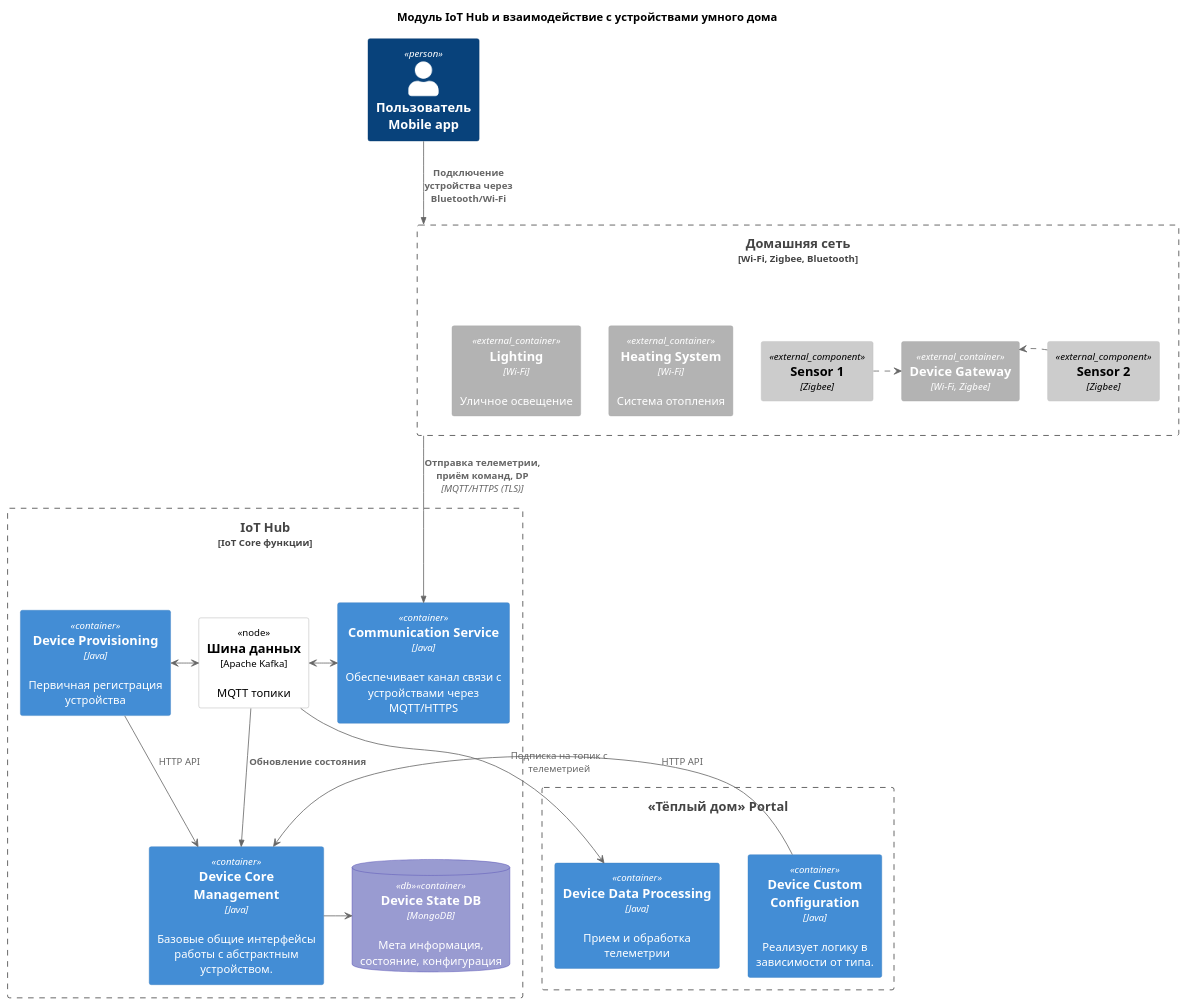
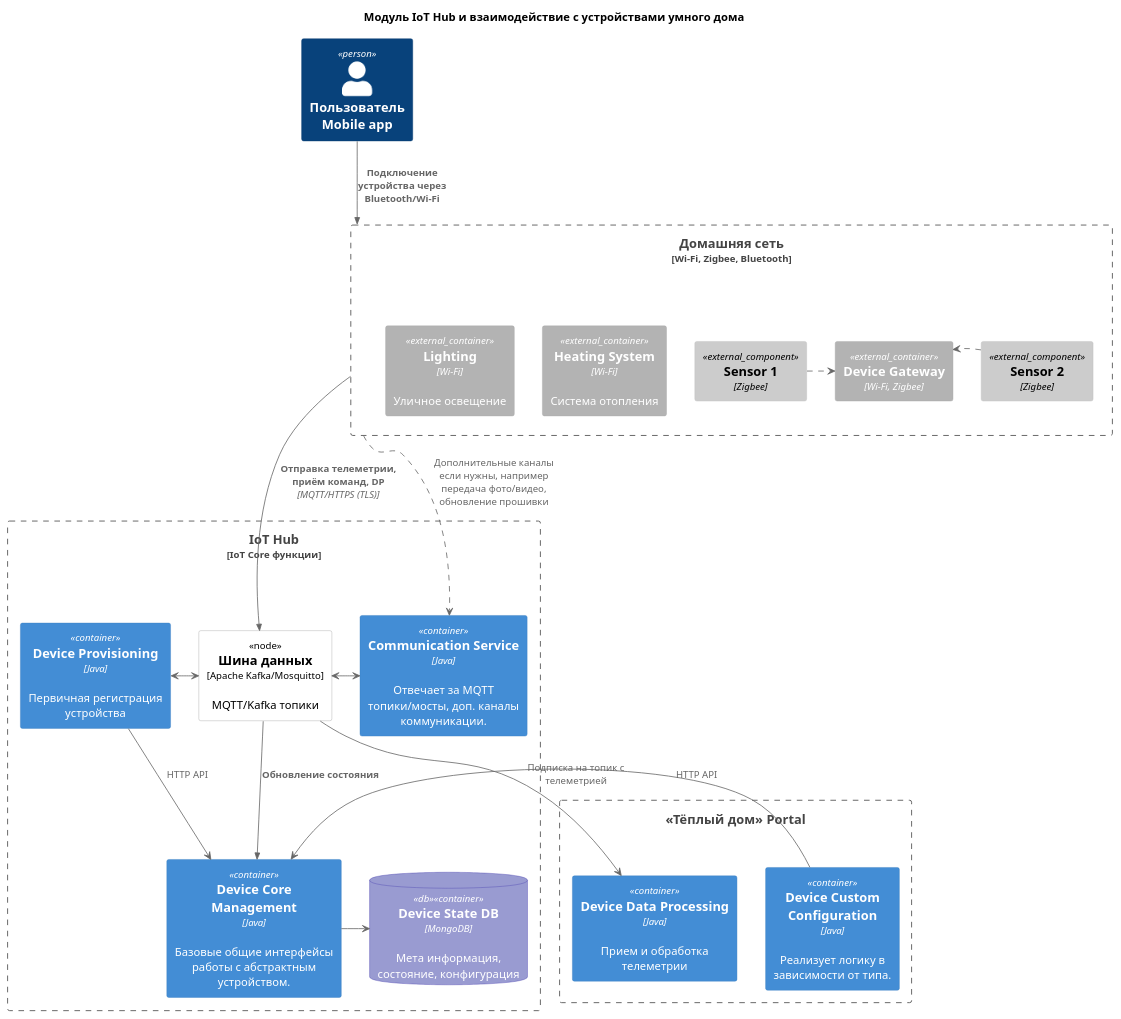
The diagram in tasks/task-1-2/iot-hub-container-diagram.puml (sapl/yandex-practicum-sprint-3), drawn with PlantUML before and after one commit. The commit also changed 5 other files, not shown here.

```diff
--- a/tasks/task-1-2/iot-hub-container-diagram.puml
+++ b/tasks/task-1-2/iot-hub-container-diagram.puml
@@ -1,54 +1,55 @@
 @startuml
 !include https://raw.githubusercontent.com/plantuml-stdlib/C4-PlantUML/master/C4_Context.puml
 !include https://raw.githubusercontent.com/plantuml-stdlib/C4-PlantUML/master/C4_Container.puml
 !include https://raw.githubusercontent.com/plantuml-stdlib/C4-PlantUML/master/C4_Component.puml
 !include https://raw.githubusercontent.com/plantuml-stdlib/C4-PlantUML/master/C4_Deployment.puml
 
 AddRelTag("dashed", $lineStyle = DashedLine())
 AddElementTag("db", $bgColor="#999bd1", $borderColor="#4c46b0")
 
 LAYOUT_TOP_DOWN()
 
 title Модуль IoT Hub и взаимодействие с устройствами умного дома
 
 Person(user, "Пользователь\n Mobile app")
 
 Boundary(home, "Домашняя сеть", "Wi-Fi, Zigbee, Bluetooth") {
     Component_Ext(sensor1, "Sensor 1", "Zigbee")
     Container_Ext(gateway, "Device Gateway", "Wi-Fi, Zigbee")
     Component_Ext(sensor2, "Sensor 2", "Zigbee")
 
     Lay_L(sensor2, gateway)
     Container_Ext(heatingSystem, "Heating System", "Wi-Fi", "Система отопления")
     Container_Ext(lighting, "Lighting", "Wi-Fi", "Уличное освещение")
 
     sensor1 .> gateway
     sensor2 .> gateway
 }
 
 Rel(user, home, "Подключение устройства через Bluetooth/Wi-Fi")
 
 Boundary(iotHub, "IoT Hub", "IoT Core функции") {
-    Deployment_Node(kafka, "Шина данных", "Apache Kafka", "MQTT топики")
+    Deployment_Node(kafka, "Шина данных", "Apache Kafka/Mosquitto", "MQTT/Kafka топики")
     Container(dps, "Device Provisioning", "Java", "Первичная регистрация устройства")
     Container(deviceManagementService, "Device Core Management", "Java", "Базовые общие интерфейсы работы с абстрактным устройством.")
-    Container(communicationService, "Communication Service", "Java", "Обеспечивает канал связи с устройствами через MQTT/HTTPS")
+    Container(communicationService, "Communication Service", "Java", "Отвечает за MQTT топики/мосты, доп. каналы коммуникации.")
     ContainerDb(devicesDb, "Device State DB", "MongoDB", "Мета информация, состояние, конфигурация", $tags=db)
 }
 
 Boundary(portal, "«Тёплый дом» Portal") {
     Container(dataService, "Device Data Processing", "Java", "Прием и обработка телеметрии")
     Container(configurationService, "Device Custom Configuration", "Java", "Реализует логику в зависимости от типа.")
     Container(dataService, "Device Data Processing", "Java", "Прием и обработка телеметрии")
 }
 
-Rel(home, communicationService, "Отправка телеметрии, приём команд, DP", "MQTT/HTTPS (TLS)")
+Rel(home, kafka, "Отправка телеметрии, приём команд, DP", "MQTT/HTTPS (TLS)")
 deviceManagementService -> devicesDb
 dps <-> kafka
+home .> communicationService : Дополнительные каналы если нужны, например передача фото/видео, обновление прошивки
 dps -> deviceManagementService : HTTP API
 kafka <-> communicationService
 Rel_D(kafka, deviceManagementService, "Обновление состояния")
 kafka --> dataService : Подписка на топик с телеметрией
 configurationService -> deviceManagementService : HTTP API
 
 @enduml
```
